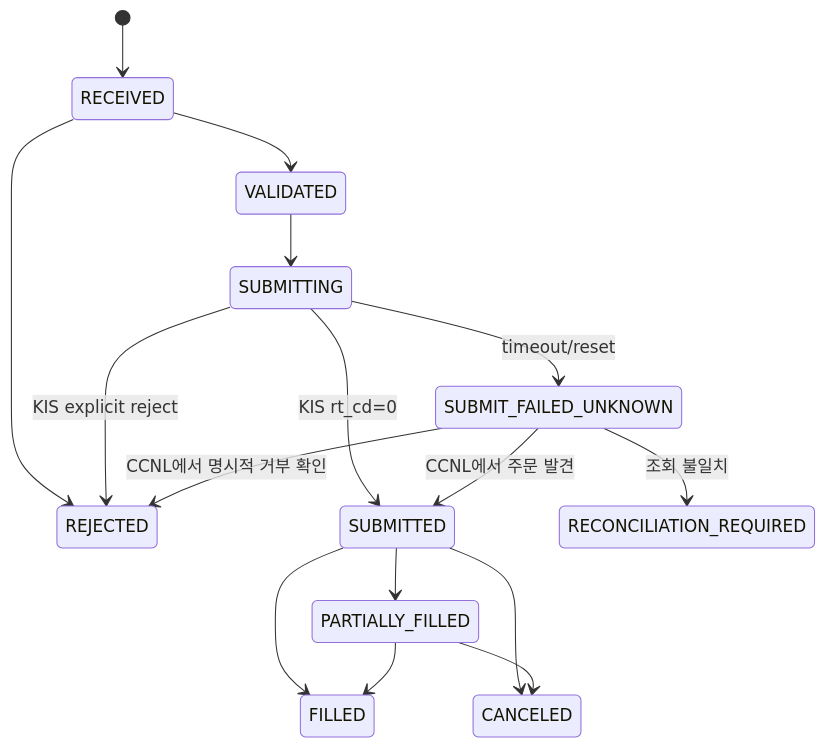
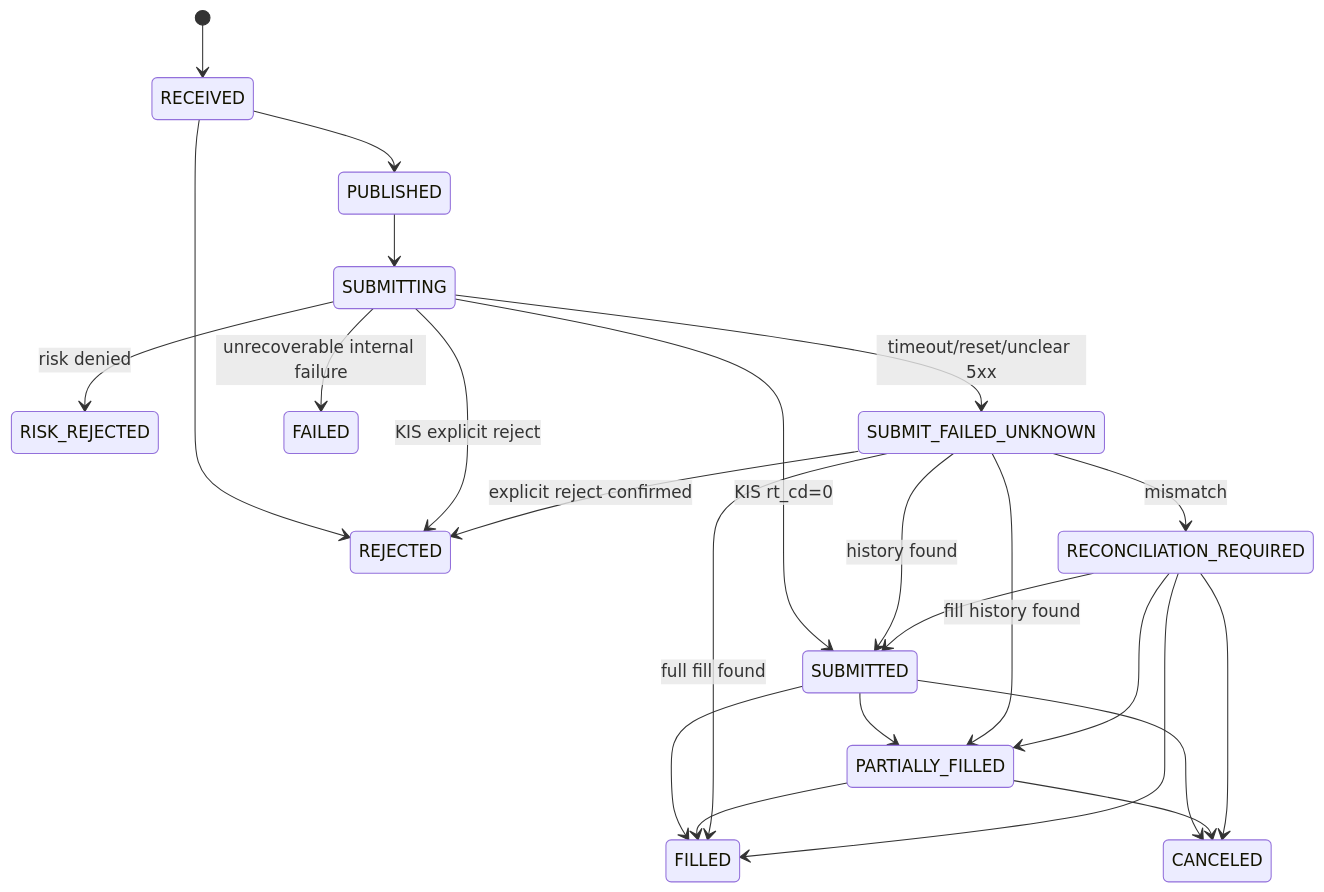
The third of 6 diagrams in docs/architecture.md (seunglee10/GOPS-BE), drawn with Mermaid before and after one commit. The commit also changed other lines of this file and 5 other files, not shown here.

````diff
--- a/docs/architecture.md
+++ b/docs/architecture.md
@@ -80,18 +109,26 @@
 ```mermaid
 stateDiagram-v2
-    [*] --> RECEIVED
-    RECEIVED --> VALIDATED
-    RECEIVED --> REJECTED
-    VALIDATED --> SUBMITTING
-    SUBMITTING --> SUBMITTED: KIS rt_cd=0
-    SUBMITTING --> REJECTED: KIS explicit reject
-    SUBMITTING --> SUBMIT_FAILED_UNKNOWN: timeout/reset
-    SUBMIT_FAILED_UNKNOWN --> SUBMITTED: CCNL에서 주문 발견
-    SUBMIT_FAILED_UNKNOWN --> REJECTED: CCNL에서 명시적 거부 확인
-    SUBMIT_FAILED_UNKNOWN --> RECONCILIATION_REQUIRED: 조회 불일치
-    SUBMITTED --> PARTIALLY_FILLED
-    SUBMITTED --> FILLED
-    PARTIALLY_FILLED --> FILLED
-    SUBMITTED --> CANCELED
-    PARTIALLY_FILLED --> CANCELED
+  [*] --> RECEIVED
+  RECEIVED --> PUBLISHED
+  RECEIVED --> REJECTED
+  PUBLISHED --> SUBMITTING
+  SUBMITTING --> SUBMITTED: KIS rt_cd=0
+  SUBMITTING --> REJECTED: KIS explicit reject
+  SUBMITTING --> RISK_REJECTED: risk denied
+  SUBMITTING --> SUBMIT_FAILED_UNKNOWN: timeout/reset/unclear 5xx
+  SUBMITTING --> FAILED: unrecoverable internal failure
+  SUBMITTED --> PARTIALLY_FILLED
+  SUBMITTED --> FILLED
+  SUBMITTED --> CANCELED
+  PARTIALLY_FILLED --> FILLED
+  PARTIALLY_FILLED --> CANCELED
+  SUBMIT_FAILED_UNKNOWN --> SUBMITTED: history found
+  SUBMIT_FAILED_UNKNOWN --> PARTIALLY_FILLED: fill history found
+  SUBMIT_FAILED_UNKNOWN --> FILLED: full fill found
+  SUBMIT_FAILED_UNKNOWN --> REJECTED: explicit reject confirmed
+  SUBMIT_FAILED_UNKNOWN --> RECONCILIATION_REQUIRED: mismatch
+  RECONCILIATION_REQUIRED --> SUBMITTED
+  RECONCILIATION_REQUIRED --> PARTIALLY_FILLED
+  RECONCILIATION_REQUIRED --> FILLED
+  RECONCILIATION_REQUIRED --> CANCELED
 ```
````
